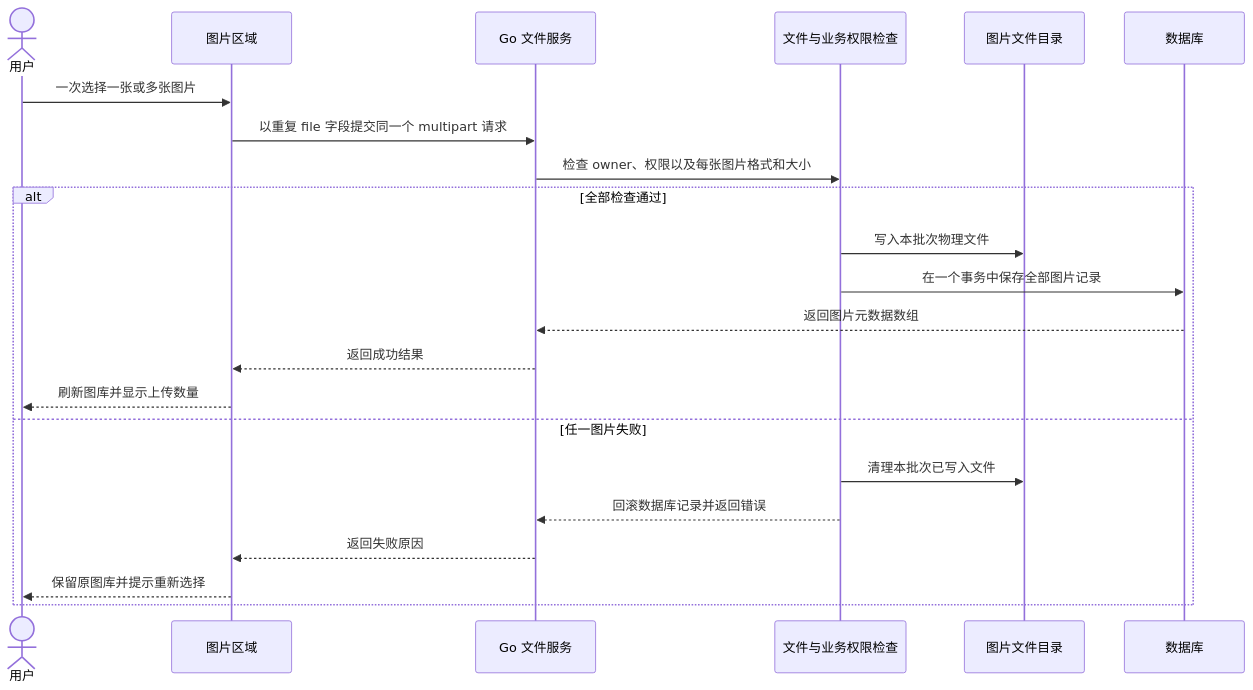
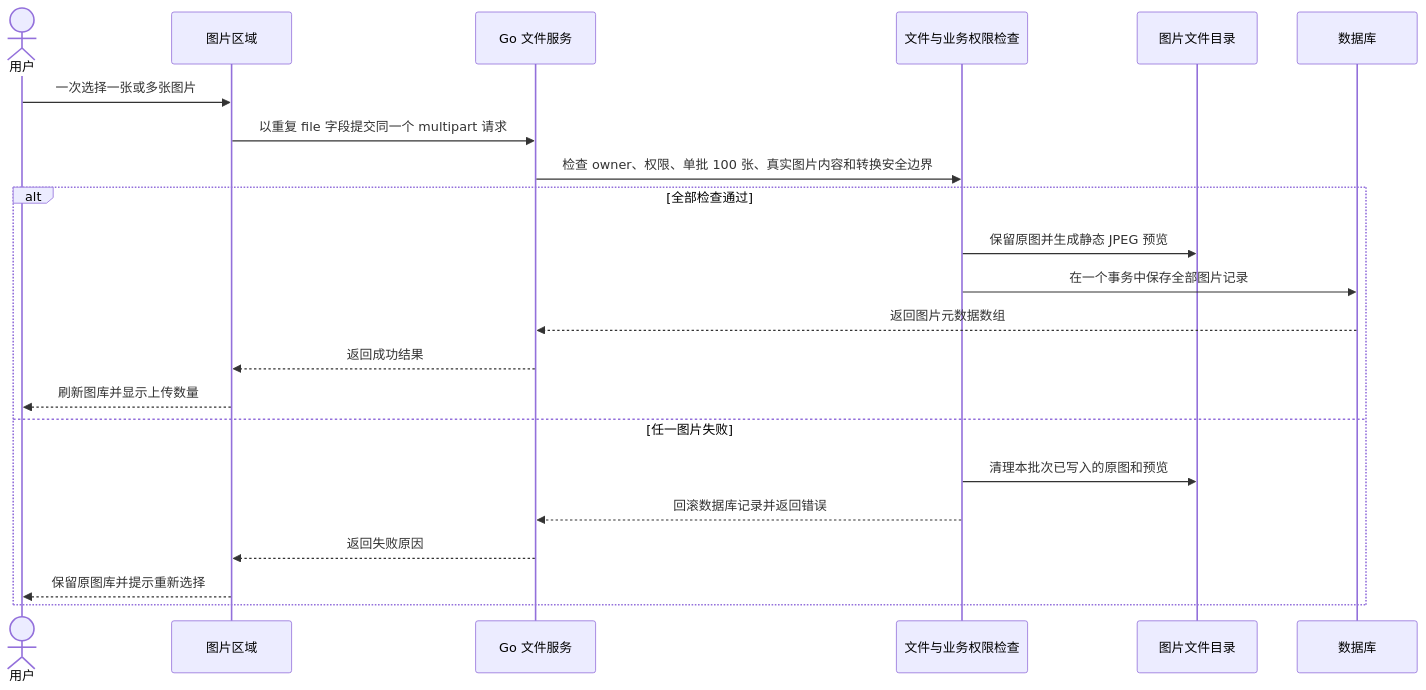
Before and after one commit to SilenceJR/bb_erp_echo: the sixth of 7 diagrams in docs/BACKEND_ARCHITECTURE.md, drawn with Mermaid. The commit also changed other lines of this file and 35 other files, not shown here.

Commit message:
fix: 放宽图片上传并完善静态预览

```diff
--- a/docs/BACKEND_ARCHITECTURE.md
+++ b/docs/BACKEND_ARCHITECTURE.md
@@ -248,25 +248,25 @@
 ~~~mermaid
 sequenceDiagram
     actor user as 用户
     participant page as 图片区域
     participant api as Go 文件服务
     participant check as 文件与业务权限检查
     participant files as 图片文件目录
     participant db as 数据库
 
     user->>page: 一次选择一张或多张图片
     page->>api: 以重复 file 字段提交同一个 multipart 请求
-    api->>check: 检查 owner、权限以及每张图片格式和大小
+    api->>check: 检查 owner、权限、单批 100 张、真实图片内容和转换安全边界
     alt 全部检查通过
-        check->>files: 写入本批次物理文件
+        check->>files: 保留原图并生成静态 JPEG 预览
         check->>db: 在一个事务中保存全部图片记录
         db-->>api: 返回图片元数据数组
         api-->>page: 返回成功结果
         page-->>user: 刷新图库并显示上传数量
     else 任一图片失败
-        check->>files: 清理本批次已写入文件
+        check->>files: 清理本批次已写入的原图和预览
         check-->>api: 回滚数据库记录并返回错误
         api-->>page: 返回失败原因
         page-->>user: 保留原图库并提示重新选择
     end
 ~~~
```
